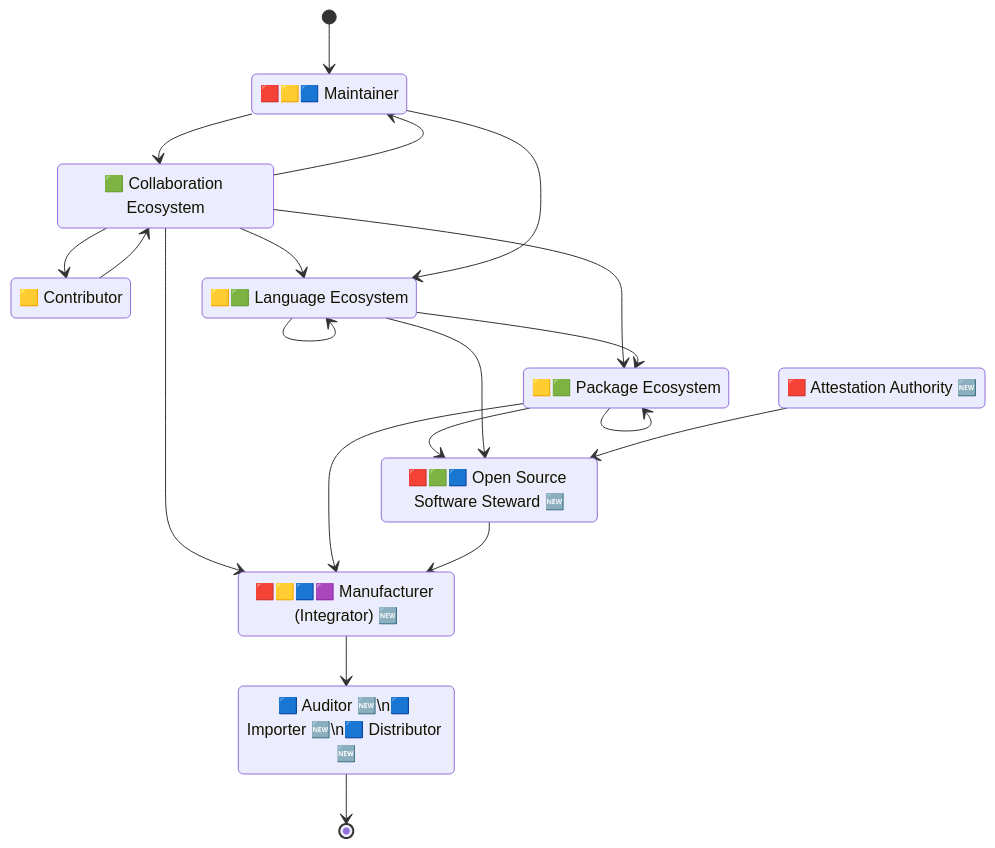
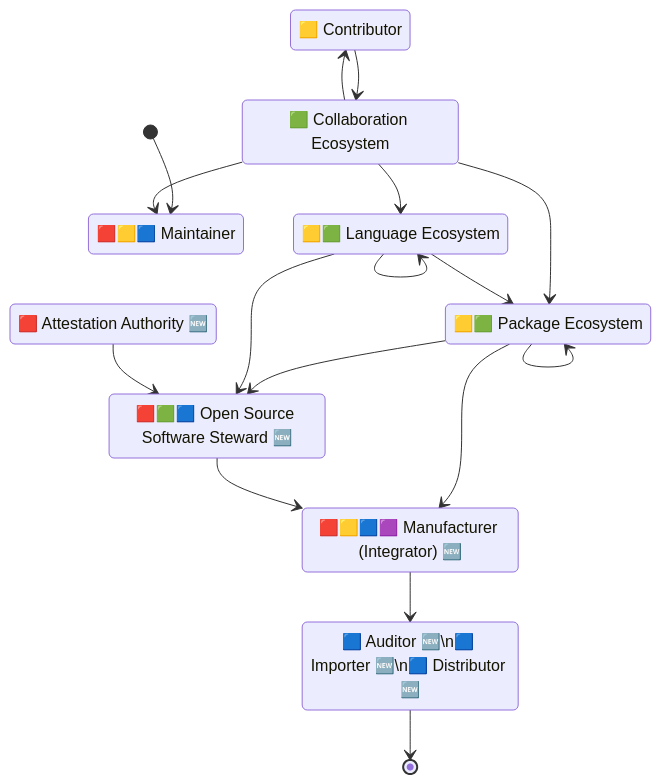
One commit to CPAN-Security/security.metacpan.org changed the first of 2 diagrams in docs/eu-cra-summary.md. Above: the diagram before and after it, drawn with Mermaid. The commit also changed other lines of this file, not shown here.

````diff
--- a/docs/eu-cra-summary.md
+++ b/docs/eu-cra-summary.md
@@ -117,37 +124,35 @@
 ```mermaid
 stateDiagram-v2
     direction TB
 
     state "🟥🟨🟦 Maintainer" as environment_maintainer
     state "🟨 Contributor" as environment_contributor
     state "🟩 Collaboration Ecosystem" as ecosystem_repo
     state "🟨🟩 Language Ecosystem" as ecosystem_lang
     state "🟨🟩 Package Ecosystem" as ecosystem_package
     state "🟥 Attestation Authority 🆕" as authority_attestation
     state "🟥🟩🟦 Open Source Software Steward 🆕" as ecosystem_steward
     state "🟥🟨🟦🟪 Manufacturer (Integrator) 🆕" as environment_manufacturer
     state "🟦 Auditor 🆕\n🟦 Importer 🆕\n🟦 Distributor 🆕" as authority_auditor
 
     [*]                      --> environment_maintainer
     ecosystem_repo           --> environment_maintainer
     ecosystem_repo           --> environment_contributor
     ecosystem_repo           --> ecosystem_package
     ecosystem_repo           --> ecosystem_lang
-    ecosystem_repo           --> environment_manufacturer
-    environment_maintainer   --> ecosystem_repo
-    environment_maintainer   --> ecosystem_lang
+
     environment_contributor  --> ecosystem_repo
     ecosystem_lang           --> ecosystem_lang
     ecosystem_lang           --> ecosystem_package
     ecosystem_package        --> ecosystem_package
     ecosystem_package        --> ecosystem_steward
     ecosystem_lang           --> ecosystem_steward
     authority_attestation    --> ecosystem_steward
     ecosystem_package        --> environment_manufacturer
     ecosystem_steward        --> environment_manufacturer
     environment_manufacturer --> authority_auditor
     authority_auditor        --> [*]
 
     %% Copyright © 2024 Salve J. Nilsen <sjn@oslo.pm>
     %% Some rights reserved. Licensed CC-BY-SA-4.0
 ```
````
